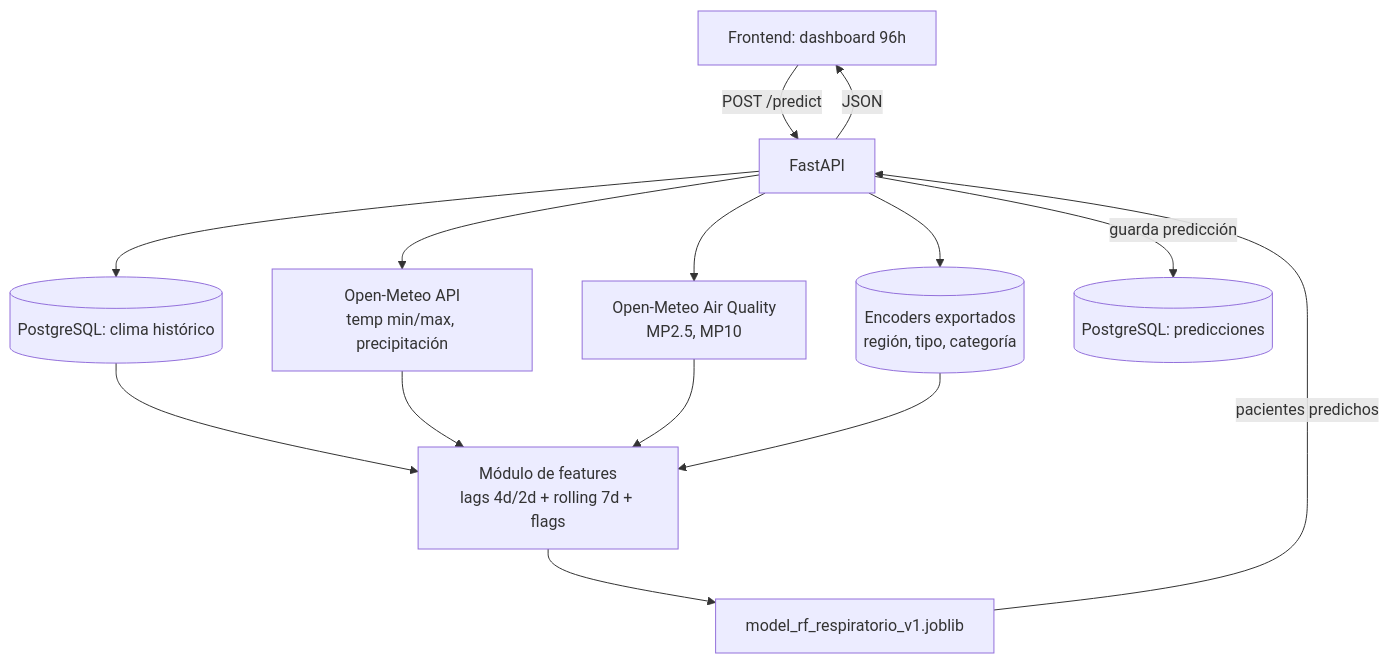
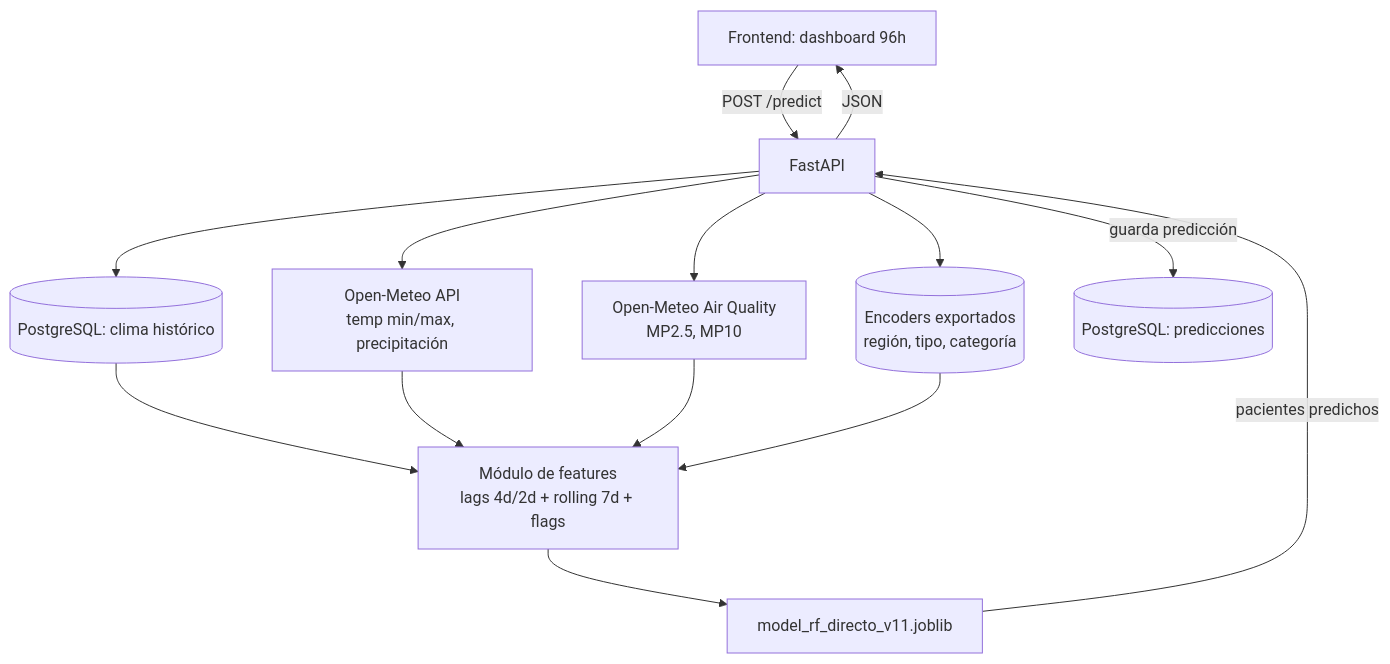
Before and after one commit to bupsidu/Healthcare_Analytics_Project: the diagram in Modelo/docs/api_flujo.md, drawn with Mermaid. The commit also changed other lines of this file and 49 other files, not shown here.

````diff
--- a/Modelo/docs/api_flujo.md
+++ b/Modelo/docs/api_flujo.md
@@ -7,16 +7,16 @@
 ```mermaid
 flowchart TD
     FE[Frontend: dashboard 96h] -->|POST /predict| API[FastAPI]
     API --> HIST[(PostgreSQL: clima histórico)]
     API --> WX[Open-Meteo API<br/>temp min/max, precipitación]
     API --> AQ[Open-Meteo Air Quality<br/>MP2.5, MP10]
     API --> ENC[(Encoders exportados<br/>región, tipo, categoría)]
     HIST --> FEAT[Módulo de features<br/>lags 4d/2d + rolling 7d + flags]
     WX --> FEAT
     AQ --> FEAT
     ENC --> FEAT
-    FEAT --> MODEL[model_rf_respiratorio_v1.joblib]
+    FEAT --> MODEL[model_rf_directo_v11.joblib]
     MODEL -->|pacientes predichos| API
     API -->|JSON| FE
     API -->|guarda predicción| DB[(PostgreSQL: predicciones)]
 ```
````
